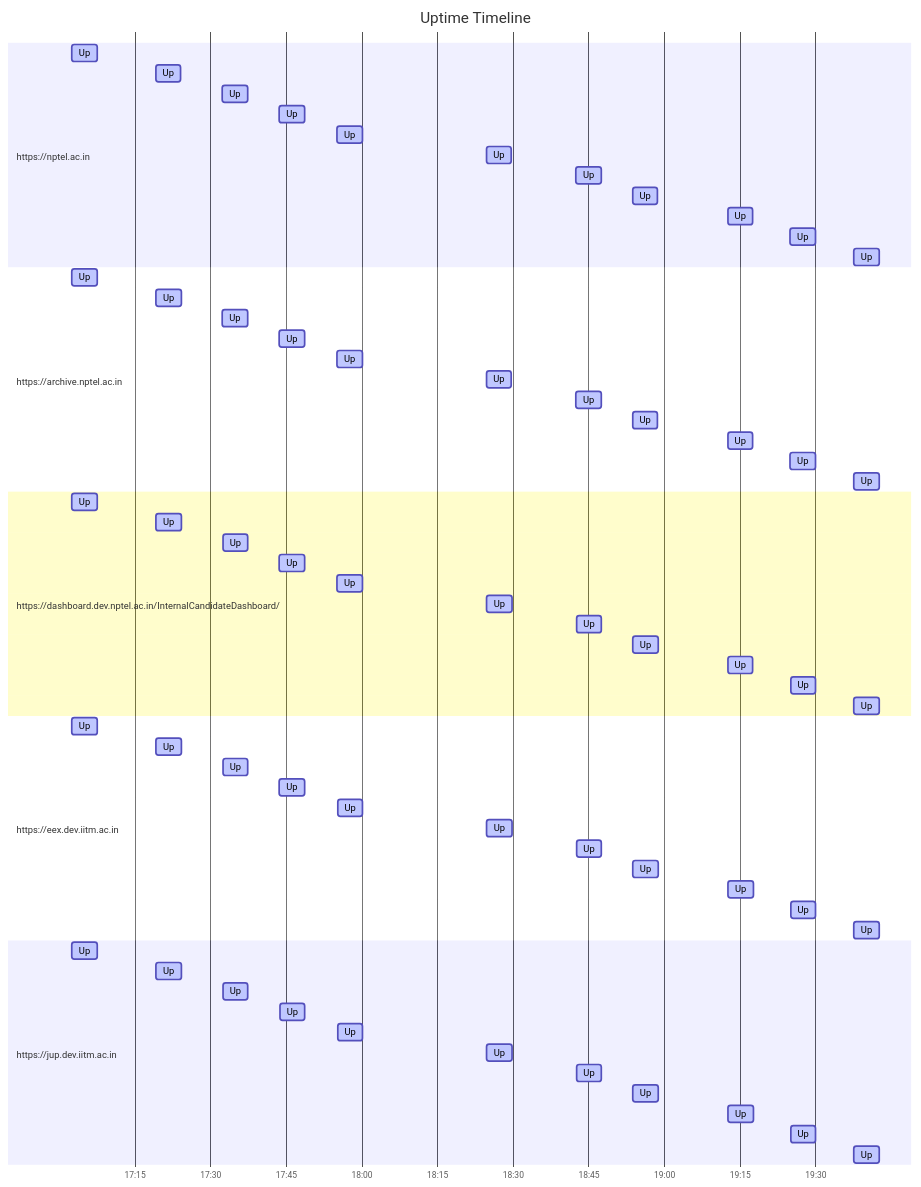
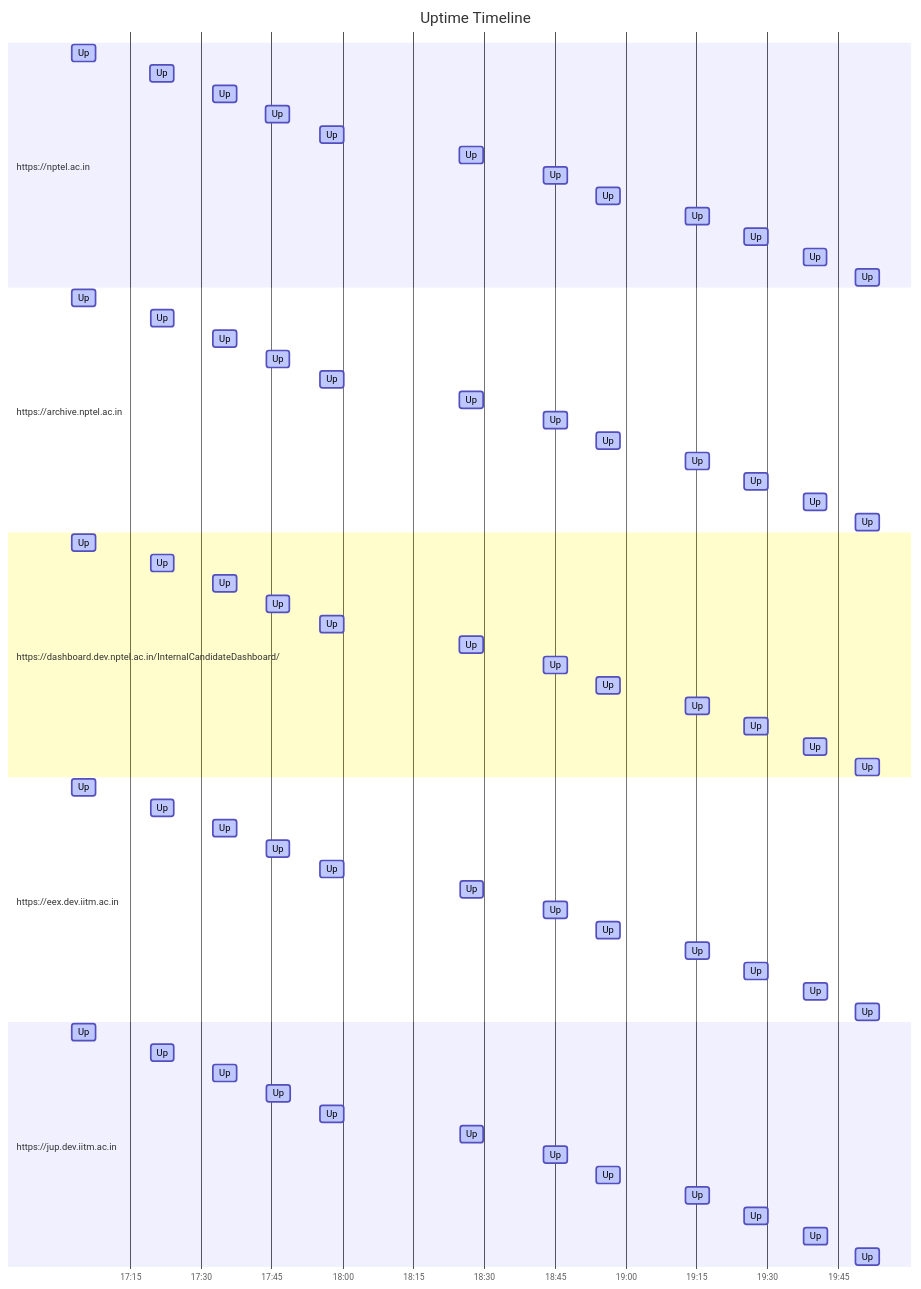
Before and after one commit to nchandra75/monitor: the diagram in results.md, drawn with Mermaid. The commit also changed other lines of this file and 1 other file, not shown here.

````diff
--- a/results.md
+++ b/results.md
@@ -21,66 +21,71 @@
 ```mermaid
 gantt
     title Uptime Timeline
     dateFormat YYYY-MM-DD HH:mm:ss
     axisFormat %H:%M
     section https://nptel.ac.in
         Up: active, 2024-09-13 17:02:35, 5m
         Up: active, 2024-09-13 17:19:13, 5m
         Up: active, 2024-09-13 17:32:28, 5m
         Up: active, 2024-09-13 17:43:43, 5m
         Up: active, 2024-09-13 17:55:11, 5m
         Up: active, 2024-09-13 18:24:46, 5m
         Up: active, 2024-09-13 18:42:34, 5m
         Up: active, 2024-09-13 18:53:45, 5m
         Up: active, 2024-09-13 19:12:36, 5m
         Up: active, 2024-09-13 19:25:02, 5m
         Up: active, 2024-09-13 19:37:36, 5m
+        Up: active, 2024-09-13 19:48:39, 5m
     section https://archive.nptel.ac.in
         Up: active, 2024-09-13 17:02:37, 5m
         Up: active, 2024-09-13 17:19:15, 5m
         Up: active, 2024-09-13 17:32:29, 5m
         Up: active, 2024-09-13 17:43:45, 5m
         Up: active, 2024-09-13 17:55:13, 5m
         Up: active, 2024-09-13 18:24:47, 5m
         Up: active, 2024-09-13 18:42:35, 5m
         Up: active, 2024-09-13 18:53:46, 5m
         Up: active, 2024-09-13 19:12:37, 5m
         Up: active, 2024-09-13 19:25:03, 5m
         Up: active, 2024-09-13 19:37:38, 5m
+        Up: active, 2024-09-13 19:48:40, 5m
     section https://dashboard.dev.nptel.ac.in/InternalCandidateDashboard/
         Up: active, 2024-09-13 17:02:38, 5m
         Up: active, 2024-09-13 17:19:15, 5m
         Up: active, 2024-09-13 17:32:30, 5m
         Up: active, 2024-09-13 17:43:46, 5m
         Up: active, 2024-09-13 17:55:13, 5m
         Up: active, 2024-09-13 18:24:48, 5m
         Up: active, 2024-09-13 18:42:36, 5m
         Up: active, 2024-09-13 18:53:47, 5m
         Up: active, 2024-09-13 19:12:38, 5m
         Up: active, 2024-09-13 19:25:04, 5m
         Up: active, 2024-09-13 19:37:38, 5m
+        Up: active, 2024-09-13 19:48:41, 5m
     section https://eex.dev.iitm.ac.in
         Up: active, 2024-09-13 17:02:39, 5m
         Up: active, 2024-09-13 17:19:16, 5m
         Up: active, 2024-09-13 17:32:31, 5m
         Up: active, 2024-09-13 17:43:47, 5m
         Up: active, 2024-09-13 17:55:15, 5m
         Up: active, 2024-09-13 18:24:50, 5m
         Up: active, 2024-09-13 18:42:37, 5m
         Up: active, 2024-09-13 18:53:48, 5m
         Up: active, 2024-09-13 19:12:39, 5m
         Up: active, 2024-09-13 19:25:05, 5m
         Up: active, 2024-09-13 19:37:40, 5m
+        Up: active, 2024-09-13 19:48:42, 5m
     section https://jup.dev.iitm.ac.in
         Up: active, 2024-09-13 17:02:40, 5m
         Up: active, 2024-09-13 17:19:17, 5m
         Up: active, 2024-09-13 17:32:32, 5m
         Up: active, 2024-09-13 17:43:48, 5m
         Up: active, 2024-09-13 17:55:16, 5m
         Up: active, 2024-09-13 18:24:51, 5m
         Up: active, 2024-09-13 18:42:38, 5m
         Up: active, 2024-09-13 18:53:49, 5m
         Up: active, 2024-09-13 19:12:40, 5m
         Up: active, 2024-09-13 19:25:06, 5m
         Up: active, 2024-09-13 19:37:40, 5m
+        Up: active, 2024-09-13 19:48:43, 5m
 ```
````
